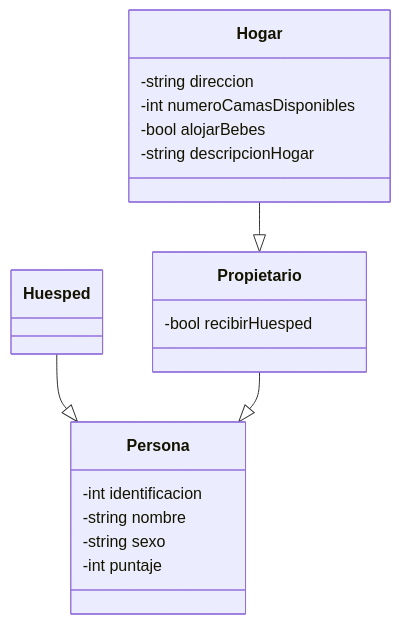
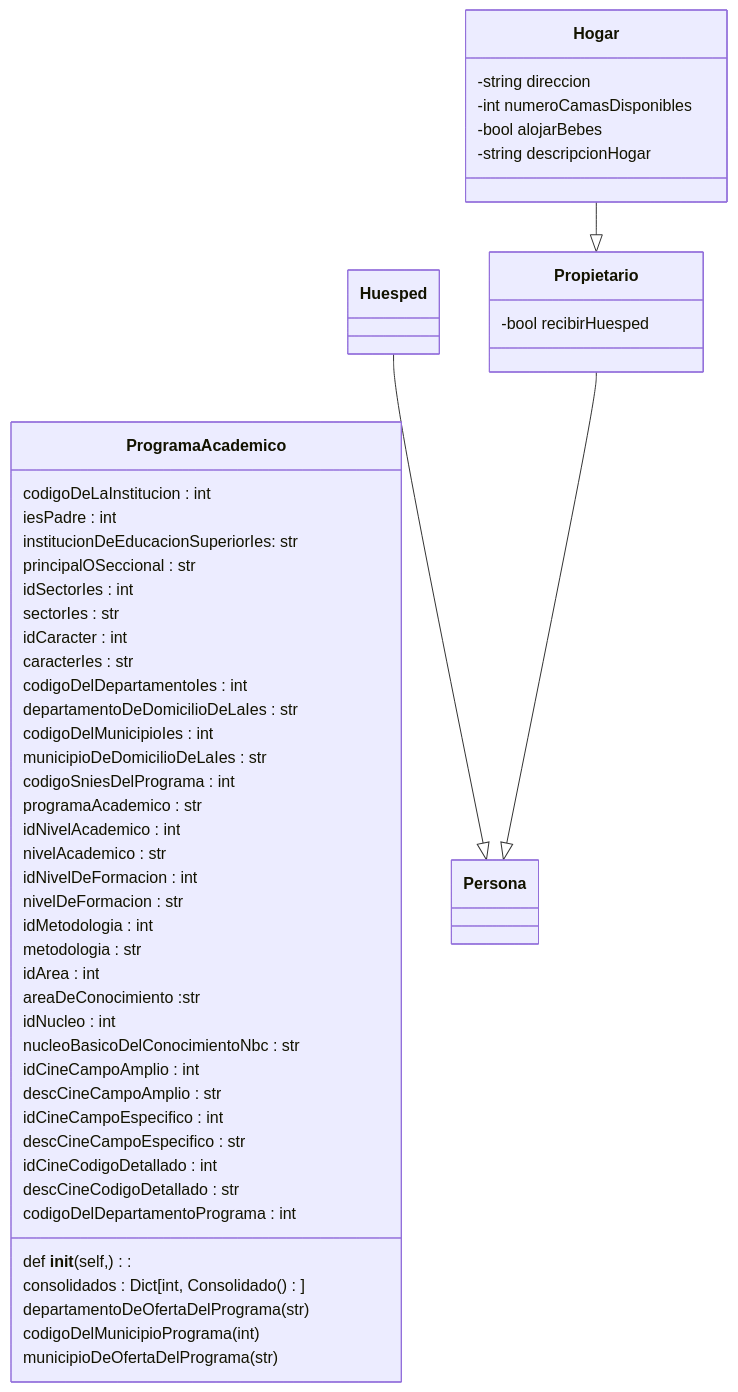
One commit to 300CIS017-Object-Oriented-Programming/proyecto-3-chiq changed the diagram in README.md. Above: the diagram before and after it, drawn with Mermaid.

````diff
--- a/README.md
+++ b/README.md
@@ -7,35 +7,66 @@
 ```mermaid
 classDiagram
 direction BT
 
-class Persona{
-  -int identificacion
-  -string nombre
-  -string sexo
-  -int puntaje
-
+class ProgramaAcademico{
+    def __init__(self, ):
+        consolidados : Dict[int, Consolidado()]
+        codigoDeLaInstitucion : int
+        iesPadre : int
+        institucionDeEducacionSuperiorIes: str
+        principalOSeccional : str
+        idSectorIes : int
+        sectorIes : str
+        idCaracter : int
+        caracterIes : str
+        codigoDelDepartamentoIes : int
+        departamentoDeDomicilioDeLaIes : str
+        codigoDelMunicipioIes : int
+        municipioDeDomicilioDeLaIes : str
+        codigoSniesDelPrograma : int
+        programaAcademico : str
+        idNivelAcademico : int
+        nivelAcademico : str
+        idNivelDeFormacion : int
+        nivelDeFormacion : str
+        idMetodologia : int
+        metodologia : str
+        idArea : int
+        areaDeConocimiento :str
+        idNucleo : int
+        nucleoBasicoDelConocimientoNbc : str
+        idCineCampoAmplio : int
+        descCineCampoAmplio : str
+        idCineCampoEspecifico : int
+        descCineCampoEspecifico : str
+        idCineCodigoDetallado : int
+        descCineCodigoDetallado : str
+        codigoDelDepartamentoPrograma : int
+        departamentoDeOfertaDelPrograma (str)
+        codigoDelMunicipioPrograma(int)
+        municipioDeOfertaDelPrograma(str)
 }
 
 class Huesped{
   
 }
 
 class Propietario{
   -bool recibirHuesped
 }
 
 class Hogar{
   -string direccion
   -int numeroCamasDisponibles
   -bool alojarBebes
   -string descripcionHogar
   
 }
 
 Propietario <|-- Hogar
 Persona <|-- Huesped
 Persona <|-- Propietario
 
 
 
 ```
````
